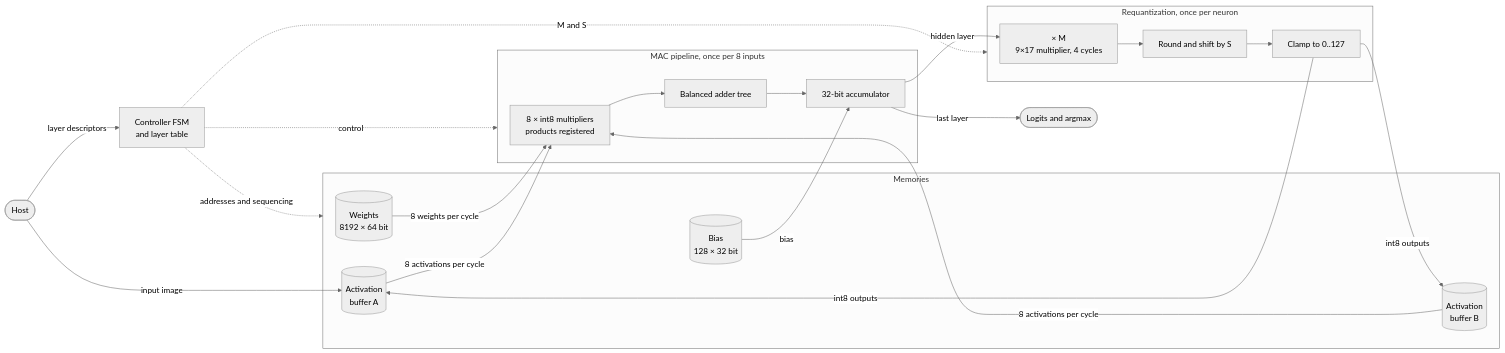
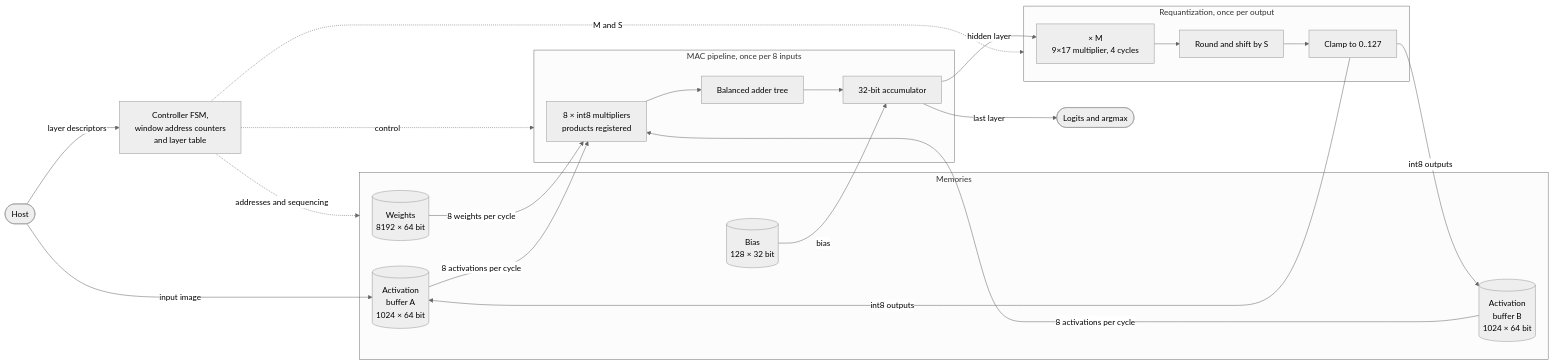
The diagram in README.md (lai3d/suanpan), drawn with Mermaid (neutral theme) before and after one commit. The commit also changed other lines of this file and 5 other files, not shown here.

````diff
--- a/README.md
+++ b/README.md
@@ -63,42 +84,42 @@
 ```mermaid
 flowchart LR
     host([Host])
 
     subgraph mem[Memories]
         wmem[(Weights<br/>8192 × 64 bit)]
         bmem[(Bias<br/>128 × 32 bit)]
-        bufa[(Activation<br/>buffer A)]
-        bufb[(Activation<br/>buffer B)]
+        bufa[(Activation<br/>buffer A<br/>1024 × 64 bit)]
+        bufb[(Activation<br/>buffer B<br/>1024 × 64 bit)]
     end
 
     subgraph mac[MAC pipeline, once per 8 inputs]
         mul[8 × int8 multipliers<br/>products registered]
         tree[Balanced adder tree]
         acc[32-bit accumulator]
         mul --> tree --> acc
     end
 
-    subgraph rq[Requantization, once per neuron]
+    subgraph rq[Requantization, once per output]
         hmul[× M<br/>9×17 multiplier, 4 cycles]
         rnd[Round and shift by S]
         clamp[Clamp to 0..127]
         hmul --> rnd --> clamp
     end
 
-    ctrl[Controller FSM<br/>and layer table]
+    ctrl[Controller FSM,<br/>window address counters<br/>and layer table]
     out([Logits and argmax])
 
     host -- input image --> bufa
     host -- layer descriptors --> ctrl
     wmem -- 8 weights per cycle --> mul
     bufa -- 8 activations per cycle --> mul
     bufb -- 8 activations per cycle --> mul
     bmem -- bias --> acc
     acc -- hidden layer --> hmul
     clamp -- int8 outputs --> bufb
     clamp -- int8 outputs --> bufa
     acc -- last layer --> out
     ctrl -. addresses and sequencing .-> mem
     ctrl -. control .-> mac
     ctrl -. M and S .-> rq
 ```
````
